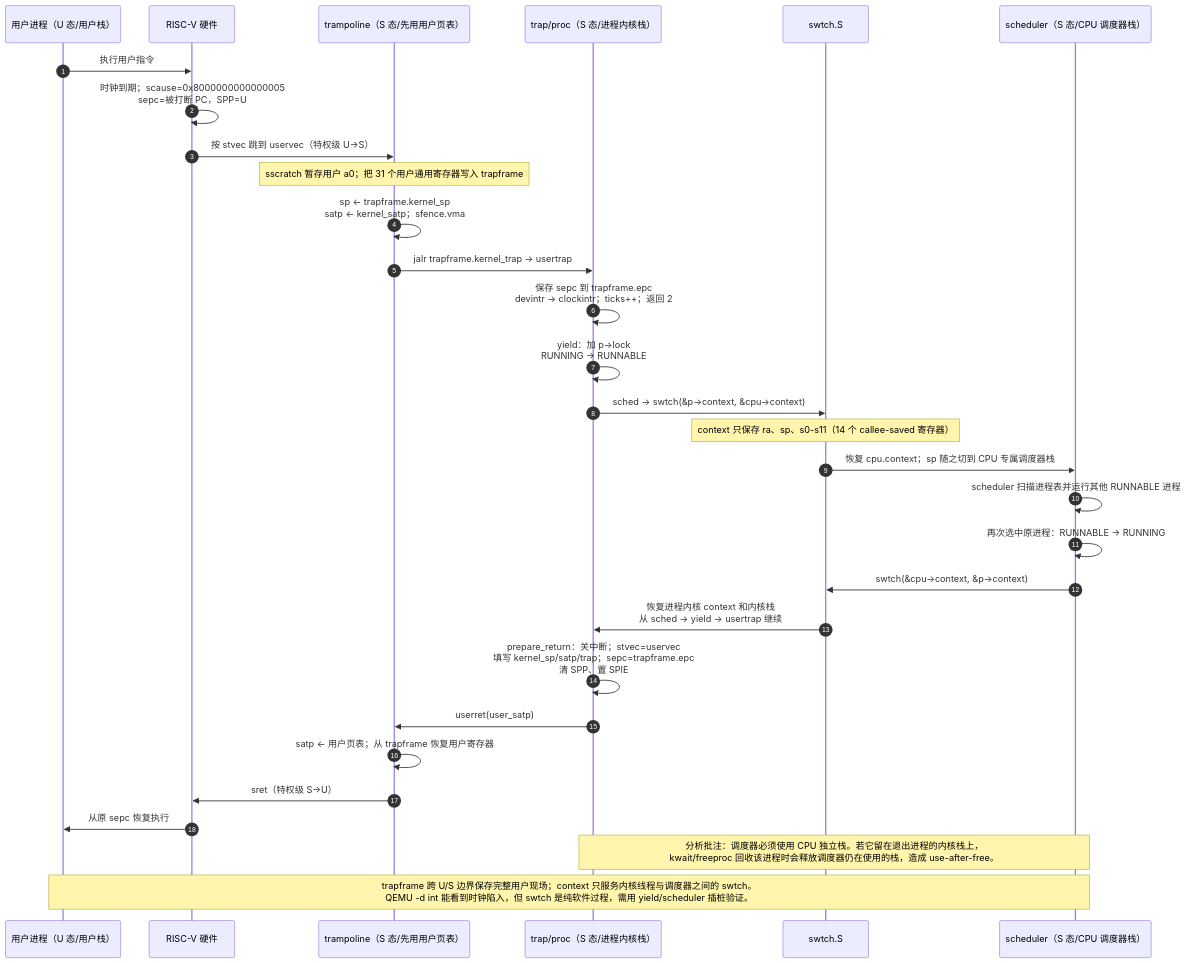
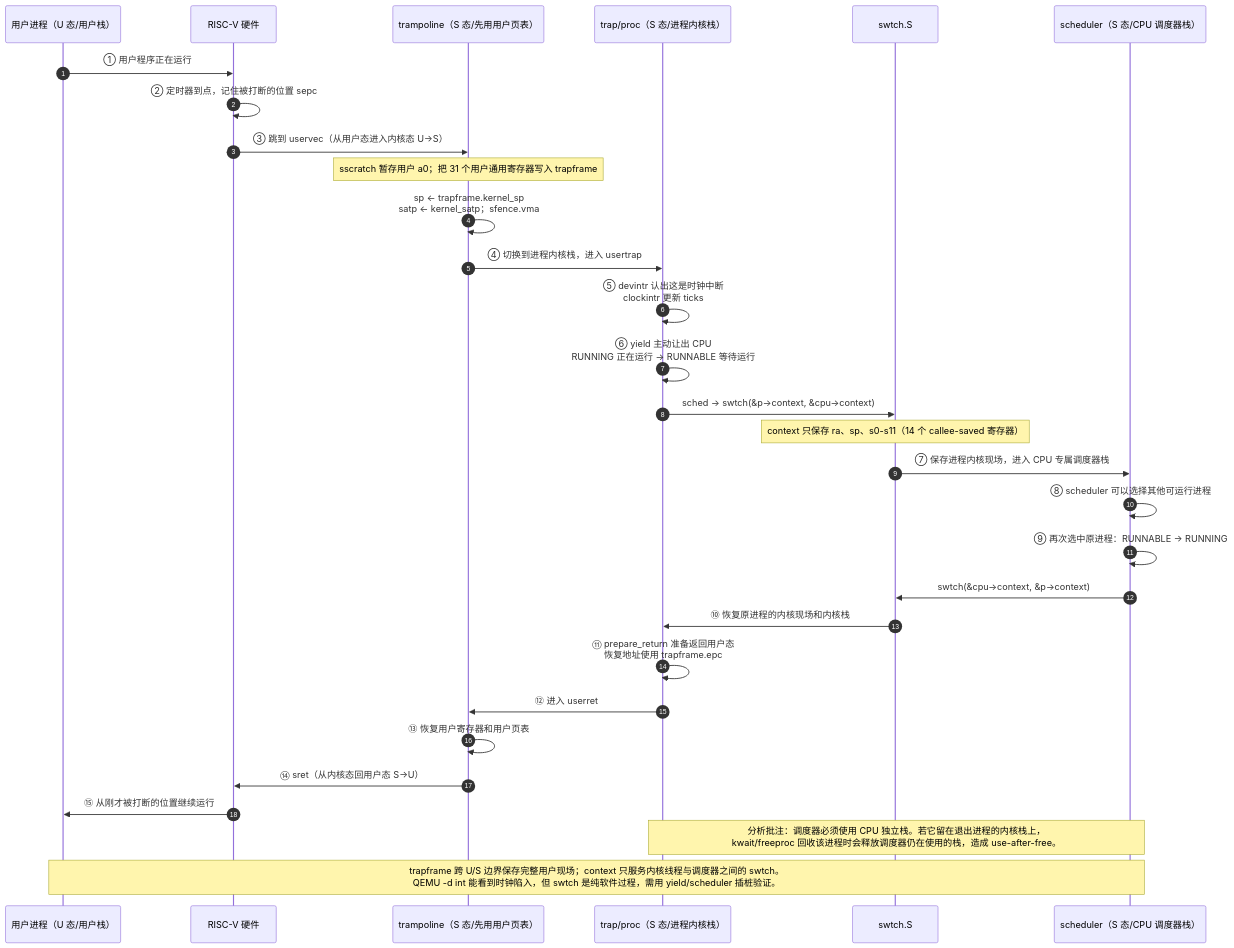
Before and after one commit to Guanjiarao/2024302111050: the diagram in lab0/doc/lab0/03-timer-context-switch.mmd, drawn with Mermaid. The commit also changed 5 other files, not shown here.

Commit message:
docs(lab0): simplify diagrams for presentation

```diff
--- a/lab0/doc/lab0/03-timer-context-switch.mmd
+++ b/lab0/doc/lab0/03-timer-context-switch.mmd
@@ -1,32 +1,32 @@
 sequenceDiagram
   autonumber
   participant U as 用户进程（U 态/用户栈）
   participant HW as RISC-V 硬件
   participant TV as trampoline（S 态/先用用户页表）
   participant PK as trap/proc（S 态/进程内核栈）
   participant SW as swtch.S
   participant SC as scheduler（S 态/CPU 调度器栈）
 
-  U->>HW: 执行用户指令
-  HW->>HW: 时钟到期；scause=0x8000000000000005<br/>sepc=被打断 PC，SPP=U
-  HW->>TV: 按 stvec 跳到 uservec（特权级 U→S）
+  U->>HW: ① 用户程序正在运行
+  HW->>HW: ② 定时器到点，记住被打断的位置 sepc
+  HW->>TV: ③ 跳到 uservec（从用户态进入内核态 U→S）
   Note over TV: sscratch 暂存用户 a0；把 31 个用户通用寄存器写入 trapframe
   TV->>TV: sp ← trapframe.kernel_sp<br/>satp ← kernel_satp；sfence.vma
-  TV->>PK: jalr trapframe.kernel_trap → usertrap
-  PK->>PK: 保存 sepc 到 trapframe.epc<br/>devintr → clockintr；ticks++；返回 2
-  PK->>PK: yield：加 p->lock<br/>RUNNING → RUNNABLE
+  TV->>PK: ④ 切换到进程内核栈，进入 usertrap
+  PK->>PK: ⑤ devintr 认出这是时钟中断<br/>clockintr 更新 ticks
+  PK->>PK: ⑥ yield 主动让出 CPU<br/>RUNNING 正在运行 → RUNNABLE 等待运行
   PK->>SW: sched → swtch(&p->context, &cpu->context)
   Note over SW: context 只保存 ra、sp、s0-s11（14 个 callee-saved 寄存器）
-  SW->>SC: 恢复 cpu.context；sp 随之切到 CPU 专属调度器栈
-  SC->>SC: scheduler 扫描进程表并运行其他 RUNNABLE 进程
-  SC->>SC: 再次选中原进程：RUNNABLE → RUNNING
+  SW->>SC: ⑦ 保存进程内核现场，进入 CPU 专属调度器栈
+  SC->>SC: ⑧ scheduler 可以选择其他可运行进程
+  SC->>SC: ⑨ 再次选中原进程：RUNNABLE → RUNNING
   SC->>SW: swtch(&cpu->context, &p->context)
-  SW->>PK: 恢复进程内核 context 和内核栈<br/>从 sched → yield → usertrap 继续
-  PK->>PK: prepare_return：关中断；stvec=uservec<br/>填写 kernel_sp/satp/trap；sepc=trapframe.epc<br/>清 SPP、置 SPIE
-  PK->>TV: userret(user_satp)
-  TV->>TV: satp ← 用户页表；从 trapframe 恢复用户寄存器
-  TV->>HW: sret（特权级 S→U）
-  HW->>U: 从原 sepc 恢复执行
+  SW->>PK: ⑩ 恢复原进程的内核现场和内核栈
+  PK->>PK: ⑪ prepare_return 准备返回用户态<br/>恢复地址使用 trapframe.epc
+  PK->>TV: ⑫ 进入 userret
+  TV->>TV: ⑬ 恢复用户寄存器和用户页表
+  TV->>HW: ⑭ sret（从内核态回用户态 S→U）
+  HW->>U: ⑮ 从刚才被打断的位置继续运行
 
   Note over PK,SC: 分析批注：调度器必须使用 CPU 独立栈。若它留在退出进程的内核栈上，<br/>kwait/freeproc 回收该进程时会释放调度器仍在使用的栈，造成 use-after-free。
   Note over U,SC: trapframe 跨 U/S 边界保存完整用户现场；context 只服务内核线程与调度器之间的 swtch。<br/>QEMU -d int 能看到时钟陷入，但 swtch 是纯软件过程，需用 yield/scheduler 插桩验证。
```
